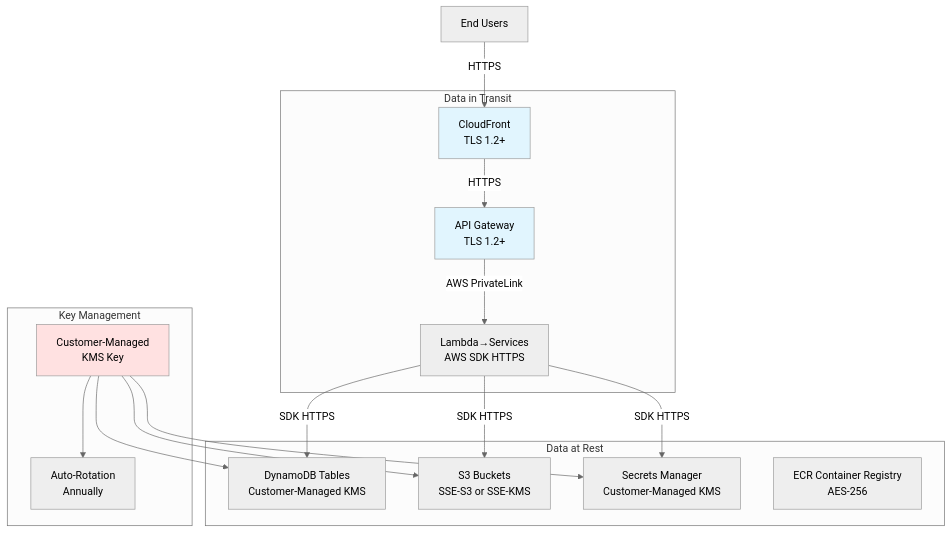
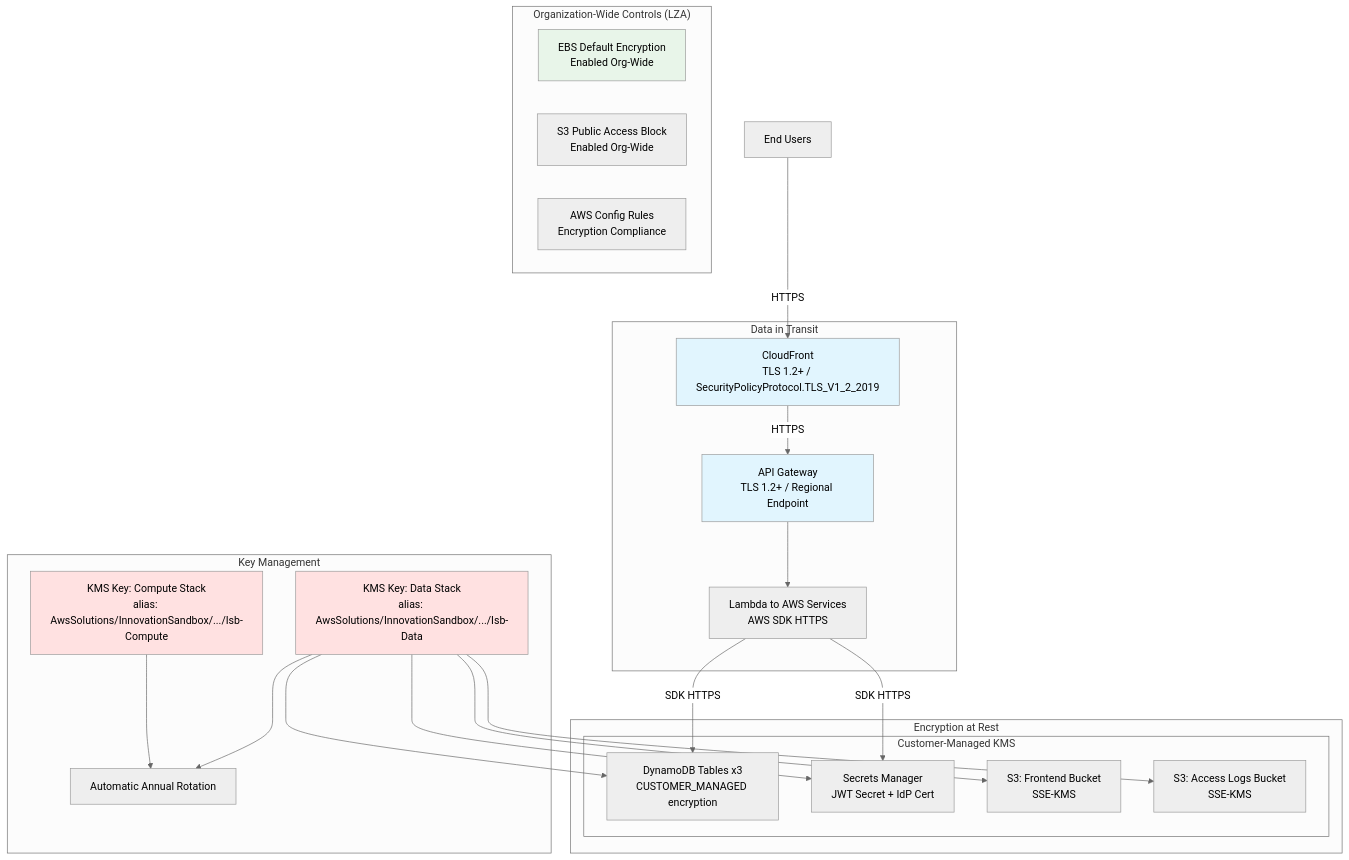
Before and after one commit to co-cddo/ndx-try-arch: the diagram in docs/61-encryption.md, drawn with Mermaid (neutral theme). The commit also changed other lines of this file and 41 other files, not shown here.

First line of the commit message:
docs: update NDX architecture documentation (#9)

````diff
--- a/docs/61-encryption.md
+++ b/docs/61-encryption.md
@@ -24,37 +14,48 @@
 ```mermaid
 flowchart TB
-    subgraph "Data at Rest"
-        dynamodb[DynamoDB Tables<br/>Customer-Managed KMS]
-        s3_buckets[S3 Buckets<br/>SSE-S3 or SSE-KMS]
-        secrets[Secrets Manager<br/>Customer-Managed KMS]
-        ecr[ECR Container Registry<br/>AES-256]
+    subgraph "Encryption at Rest"
+        subgraph "Customer-Managed KMS"
+            dynamodb[DynamoDB Tables x3<br/>CUSTOMER_MANAGED encryption]
+            secrets[Secrets Manager<br/>JWT Secret + IdP Cert]
+            s3_fe[S3: Frontend Bucket<br/>SSE-KMS]
+            s3_logs[S3: Access Logs Bucket<br/>SSE-KMS]
+        end
     end
 
     subgraph "Data in Transit"
-        cloudfront[CloudFront<br/>TLS 1.2+]
-        apigw[API Gateway<br/>TLS 1.2+]
-        lambda[Lambda→Services<br/>AWS SDK HTTPS]
+        cloudfront[CloudFront<br/>TLS 1.2+ / SecurityPolicyProtocol.TLS_V1_2_2019]
+        apigw[API Gateway<br/>TLS 1.2+ / Regional Endpoint]
+        lambda_sdk[Lambda to AWS Services<br/>AWS SDK HTTPS]
     end
 
     subgraph "Key Management"
-        kms[Customer-Managed<br/>KMS Key]
-        kms_rotation[Auto-Rotation<br/>Annually]
+        kms_data[KMS Key: Data Stack<br/>alias: AwsSolutions/InnovationSandbox/.../Isb-Data]
+        kms_compute[KMS Key: Compute Stack<br/>alias: AwsSolutions/InnovationSandbox/.../Isb-Compute]
+        kms_rotation[Automatic Annual Rotation]
     end
 
-    kms --> dynamodb
-    kms --> secrets
-    kms --> s3_buckets
+    subgraph "Organization-Wide Controls (LZA)"
+        ebs_enc[EBS Default Encryption<br/>Enabled Org-Wide]
+        s3_block[S3 Public Access Block<br/>Enabled Org-Wide]
+        config_rules[AWS Config Rules<br/>Encryption Compliance]
+    end
+
+    kms_data --> dynamodb
+    kms_data --> secrets
+    kms_data --> s3_fe
+    kms_data --> s3_logs
+    kms_data --> kms_rotation
+    kms_compute --> kms_rotation
 
     users[End Users] -->|HTTPS| cloudfront
     cloudfront -->|HTTPS| apigw
-    apigw -->|AWS PrivateLink| lambda
-    lambda -->|SDK HTTPS| dynamodb
-    lambda -->|SDK HTTPS| s3_buckets
-    lambda -->|SDK HTTPS| secrets
+    apigw --> lambda_sdk
+    lambda_sdk -->|SDK HTTPS| dynamodb
+    lambda_sdk -->|SDK HTTPS| secrets
 
-    kms --> kms_rotation
-
-    style kms fill:#ffe1e1
+    style kms_data fill:#ffe1e1
+    style kms_compute fill:#ffe1e1
     style cloudfront fill:#e1f5fe
     style apigw fill:#e1f5fe
+    style ebs_enc fill:#e8f5e9
 ```
````
